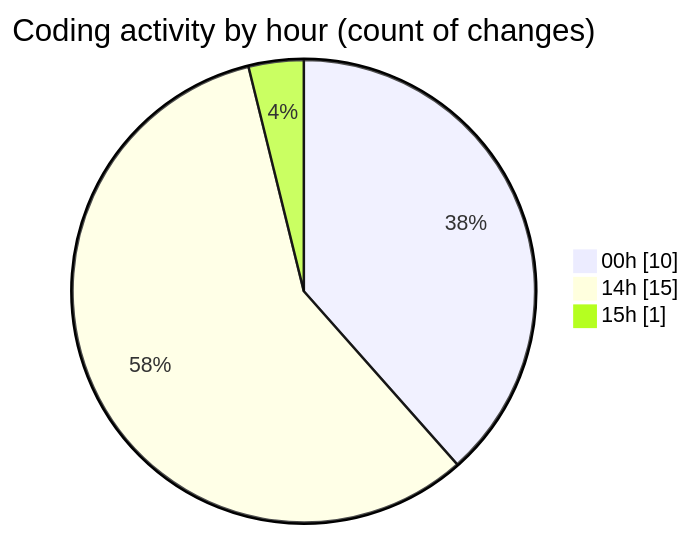
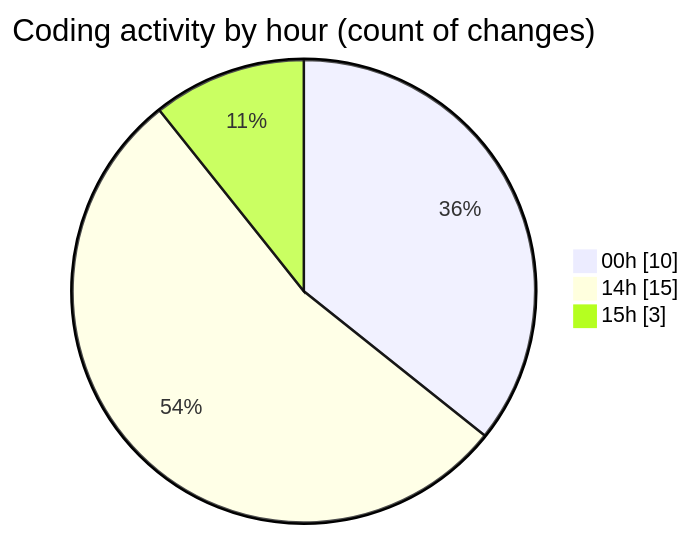
The second of 2 diagrams in 2025-04-07/echo/README.md (Netris89/code-tracking), drawn with Mermaid before and after one commit. The commit also changed other lines of this file and 1 other file, not shown here.

````diff
--- a/2025-04-07/echo/README.md
+++ b/2025-04-07/echo/README.md
@@ -35,7 +35,7 @@
 ```mermaid
 pie showData
 title Coding activity by hour (count of changes)
 "00h" : 10
 "14h" : 15
-"15h" : 1
+"15h" : 3
 ```
````
